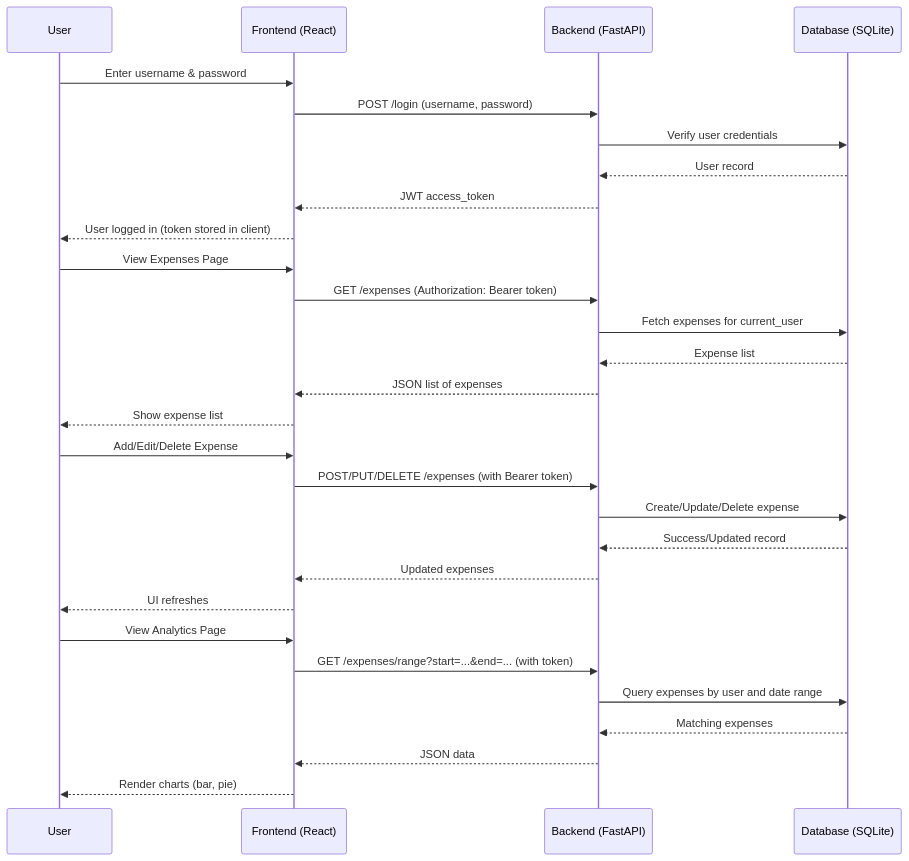
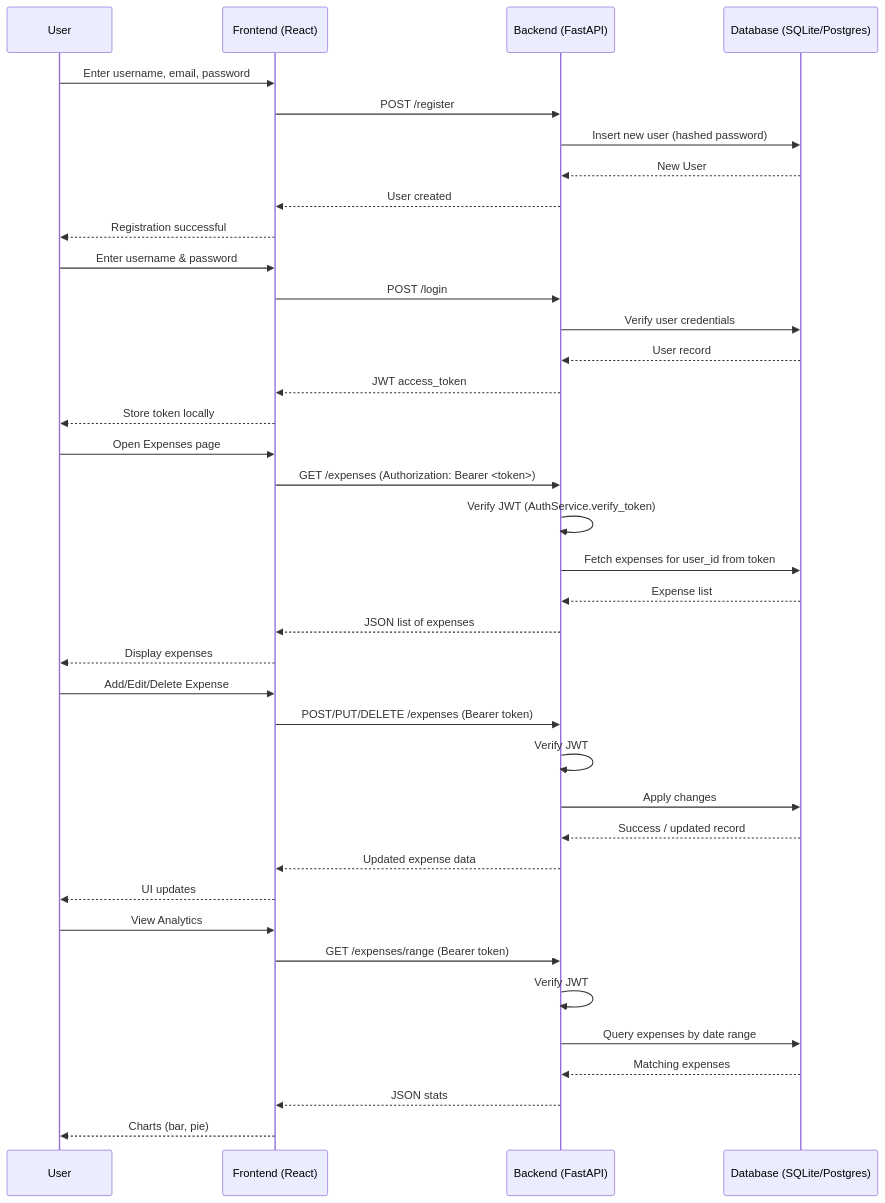
The first of 2 diagrams in README.md (BartmossMurphy2077/ExpenseManagementSystem), drawn with Mermaid before and after one commit. The commit also changed other lines of this file and 1 other file, not shown here.

Commit message:
added --cov to pytsts

````diff
--- a/README.md
+++ b/README.md
@@ -68,38 +68,51 @@
 ```mermaid
 sequenceDiagram
     participant U as User
     participant FE as Frontend (React)
     participant BE as Backend (FastAPI)
-    participant DB as Database (SQLite)
+    participant DB as Database (SQLite/Postgres)
+
+    %% --- Register Flow ---
+    U->>FE: Enter username, email, password
+    FE->>BE: POST /register
+    BE->>DB: Insert new user (hashed password)
+    DB-->>BE: New User
+    BE-->>FE: User created
+    FE-->>U: Registration successful
 
     %% --- Login Flow ---
     U->>FE: Enter username & password
-    FE->>BE: POST /login (username, password)
+    FE->>BE: POST /login
     BE->>DB: Verify user credentials
     DB-->>BE: User record
     BE-->>FE: JWT access_token
-    FE-->>U: User logged in (token stored in client)
+    FE-->>U: Store token locally
 
-    %% --- Expenses Flow ---
-    U->>FE: View Expenses Page
-    FE->>BE: GET /expenses (Authorization: Bearer token)
-    BE->>DB: Fetch expenses for current_user
+    %% --- Authenticated Request (expenses example) ---
+    U->>FE: Open Expenses page
+    FE->>BE: GET /expenses (Authorization: Bearer <token>)
+    BE->>BE: Verify JWT (AuthService.verify_token)
+    BE->>DB: Fetch expenses for user_id from token
     DB-->>BE: Expense list
     BE-->>FE: JSON list of expenses
-    FE-->>U: Show expense list
+    FE-->>U: Display expenses
 
+    %% --- CRUD Expense ---
     U->>FE: Add/Edit/Delete Expense
-    FE->>BE: POST/PUT/DELETE /expenses (with Bearer token)
-    BE->>DB: Create/Update/Delete expense
-    DB-->>BE: Success/Updated record
-    BE-->>FE: Updated expenses
-    FE-->>U: UI refreshes
+    FE->>BE: POST/PUT/DELETE /expenses (Bearer token)
+    BE->>BE: Verify JWT
+    BE->>DB: Apply changes
+    DB-->>BE: Success / updated record
+    BE-->>FE: Updated expense data
+    FE-->>U: UI updates
 
-    %% --- Analytics Flow ---
-    U->>FE: View Analytics Page
-    FE->>BE: GET /expenses/range?start=...&end=... (with token)
-    BE->>DB: Query expenses by user and date range
+    %% --- Analytics ---
+    U->>FE: View Analytics
+    FE->>BE: GET /expenses/range (Bearer token)
+    BE->>BE: Verify JWT
+    BE->>DB: Query expenses by date range
     DB-->>BE: Matching expenses
-    BE-->>FE: JSON data
-    FE-->>U: Render charts (bar, pie)
+    BE-->>FE: JSON stats
+    FE-->>U: Charts (bar, pie)
+
 ```
````
